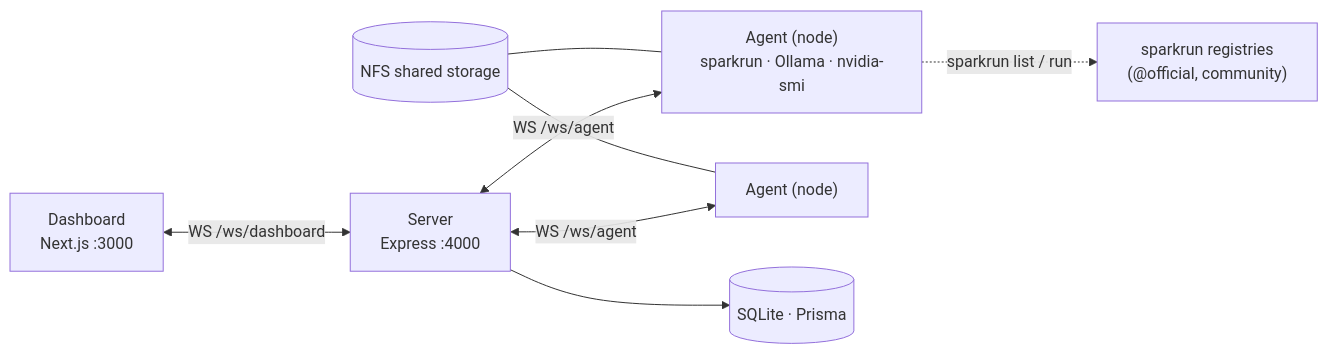
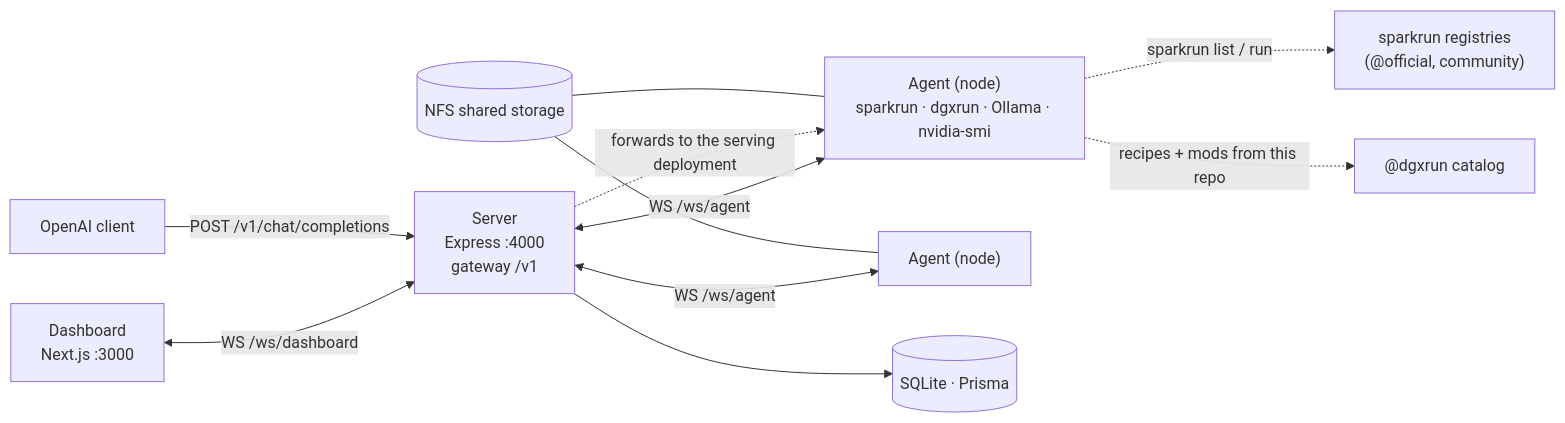
One commit to kreuzhofer/dgx-manager changed the first of 2 diagrams in README.md. Above: the diagram before and after it, drawn with Mermaid. The commit also changed other lines of this file and 1 other file, not shown here.

````diff
--- a/README.md
+++ b/README.md
@@ -28,10 +33,13 @@
 ```mermaid
 flowchart LR
-    D["Dashboard<br/>Next.js :3000"] <-->|"WS /ws/dashboard"| S["Server<br/>Express :4000"]
-    S <-->|"WS /ws/agent"| A1["Agent (node)<br/>sparkrun · Ollama · nvidia-smi"]
+    D["Dashboard<br/>Next.js :3000"] <-->|"WS /ws/dashboard"| S["Server<br/>Express :4000<br/>gateway /v1"]
+    C["OpenAI client"] -->|"POST /v1/chat/completions"| S
+    S <-->|"WS /ws/agent"| A1["Agent (node)<br/>sparkrun · dgxrun · Ollama · nvidia-smi"]
     S <-->|"WS /ws/agent"| A2["Agent (node)"]
     S --> DB[("SQLite · Prisma")]
+    S -.->|"forwards to the serving deployment"| A1
     NFS[("NFS shared storage")] --- A1
     NFS --- A2
     A1 -.->|"sparkrun list / run"| REG["sparkrun registries<br/>(@official, community)"]
+    A1 -.->|"recipes + mods from this repo"| DGX["@dgxrun catalog"]
 ```
````
